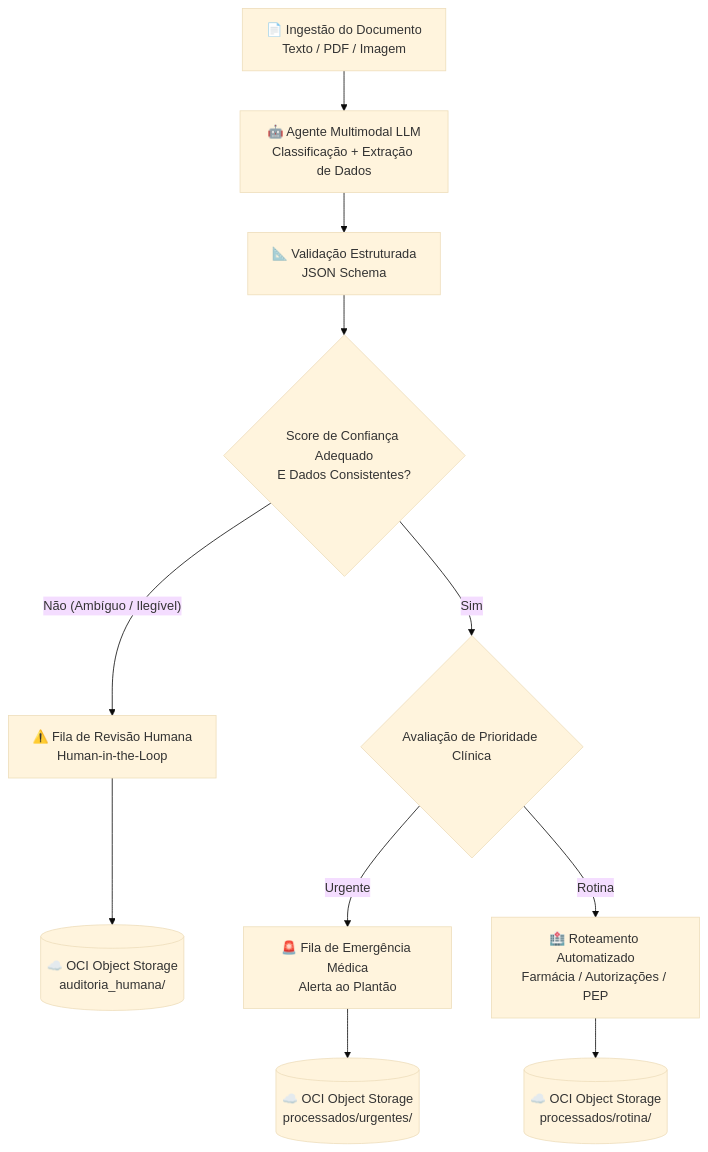
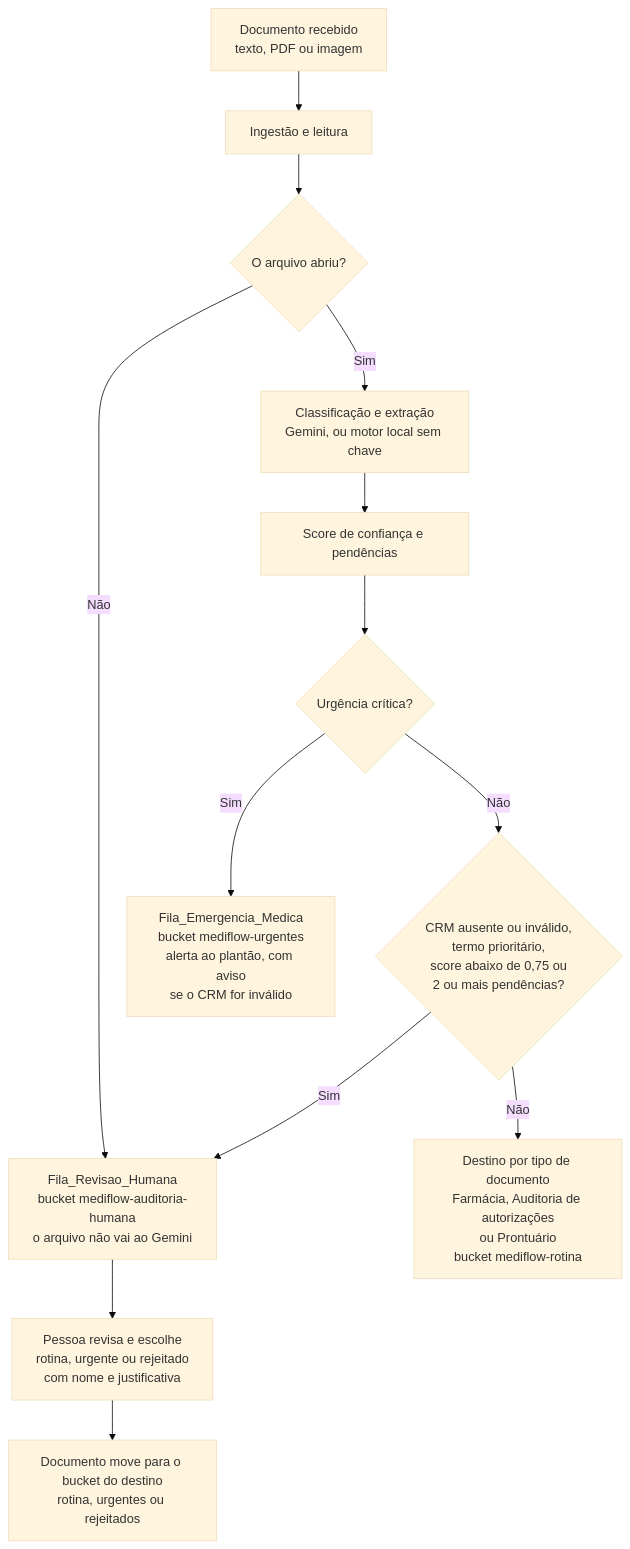
The second of 2 diagrams in README.md (AndreTeixeir/mediflow-hackathon-one), drawn with Mermaid (base theme) before and after one commit. The commit also changed other lines of this file, not shown here.

````diff
--- a/README.md
+++ b/README.md
@@ -18,17 +144,15 @@
 ```mermaid
-graph TD
-    A[📄 Ingestão do Documento<br/>Texto / PDF / Imagem] --> B[🤖 Agente Multimodal LLM<br/>Classificação + Extração de Dados]
-    B --> C[📐 Validação Estruturada<br/>JSON Schema]
-    C --> D{Score de Confiança Adequado<br/>E Dados Consistentes?}
-
-    D -- Não (Ambíguo / Ilegível) --> E[⚠️ Fila de Revisão Humana<br/>Human-in-the-Loop]
-    E --> F[(☁️ OCI Object Storage<br/>auditoria_humana/)]
-
-    D -- Sim --> G{Avaliação de Prioridade Clínica}
-
-    G -- Urgente --> H[🚨 Fila de Emergência Médica<br/>Alerta ao Plantão]
-    H --> I[(☁️ OCI Object Storage<br/>processados/urgentes/)]
-
-    G -- Rotina --> J[🏥 Roteamento Automatizado<br/>Farmácia / Autorizações / PEP]
-    J --> K[(☁️ OCI Object Storage<br/>processados/rotina/)]
+flowchart TD
+    A["Documento recebido<br/>texto, PDF ou imagem"] --> B["Ingestão e leitura"]
+    B --> C{"O arquivo abriu?"}
+    C -->|"Não"| R["Fila_Revisao_Humana<br/>bucket mediflow-auditoria-humana<br/>o arquivo não vai ao Gemini"]
+    C -->|"Sim"| D["Classificação e extração<br/>Gemini, ou motor local sem chave"]
+    D --> E["Score de confiança e pendências"]
+    E --> F{"Urgência crítica?"}
+    F -->|"Sim"| U["Fila_Emergencia_Medica<br/>bucket mediflow-urgentes<br/>alerta ao plantão, com aviso<br/>se o CRM for inválido"]
+    F -->|"Não"| G{"CRM ausente ou inválido,<br/>termo prioritário,<br/>score abaixo de 0,75 ou<br/>2 ou mais pendências?"}
+    G -->|"Sim"| R
+    G -->|"Não"| H["Destino por tipo de documento<br/>Farmácia, Auditoria de autorizações<br/>ou Prontuário<br/>bucket mediflow-rotina"]
+    R --> I["Pessoa revisa e escolhe<br/>rotina, urgente ou rejeitado<br/>com nome e justificativa"]
+    I --> J["Documento move para o bucket do destino<br/>rotina, urgentes ou rejeitados"]
 ```
````
